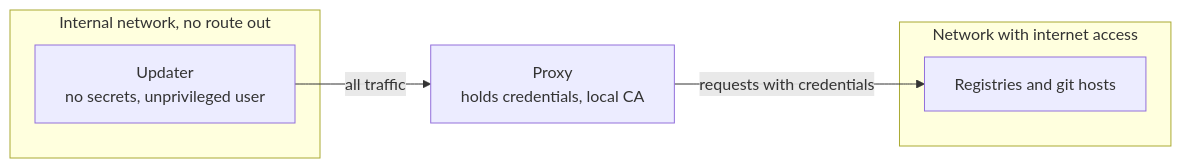
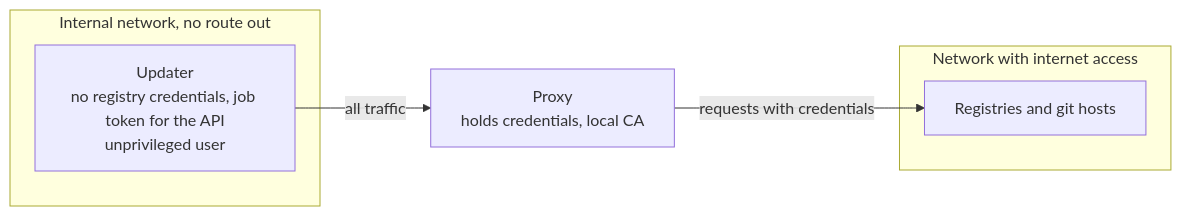
Before and after one commit to rya-sge/access-denied: the fourth of 4 diagrams in _posts/2026-11-05-how-github-dependabot-works.md, drawn with Mermaid. The commit also changed other lines of this file and 57 other files, not shown here.

````diff
--- a/_posts/2026-11-05-how-github-dependabot-works.md
+++ b/_posts/2026-11-05-how-github-dependabot-works.md
@@ -322,12 +323,12 @@
 ```mermaid
 flowchart LR
     subgraph internal["Internal network, no route out"]
-        U["Updater<br/>no secrets, unprivileged user"]
+        U["Updater<br/>no registry credentials, job token for the API<br/>unprivileged user"]
     end
     P["Proxy<br/>holds credentials, local CA"]
     subgraph public["Network with internet access"]
         R["Registries and git hosts"]
     end
     U -->|"all traffic"| P
     P -->|"requests with credentials"| R
 ```
````
